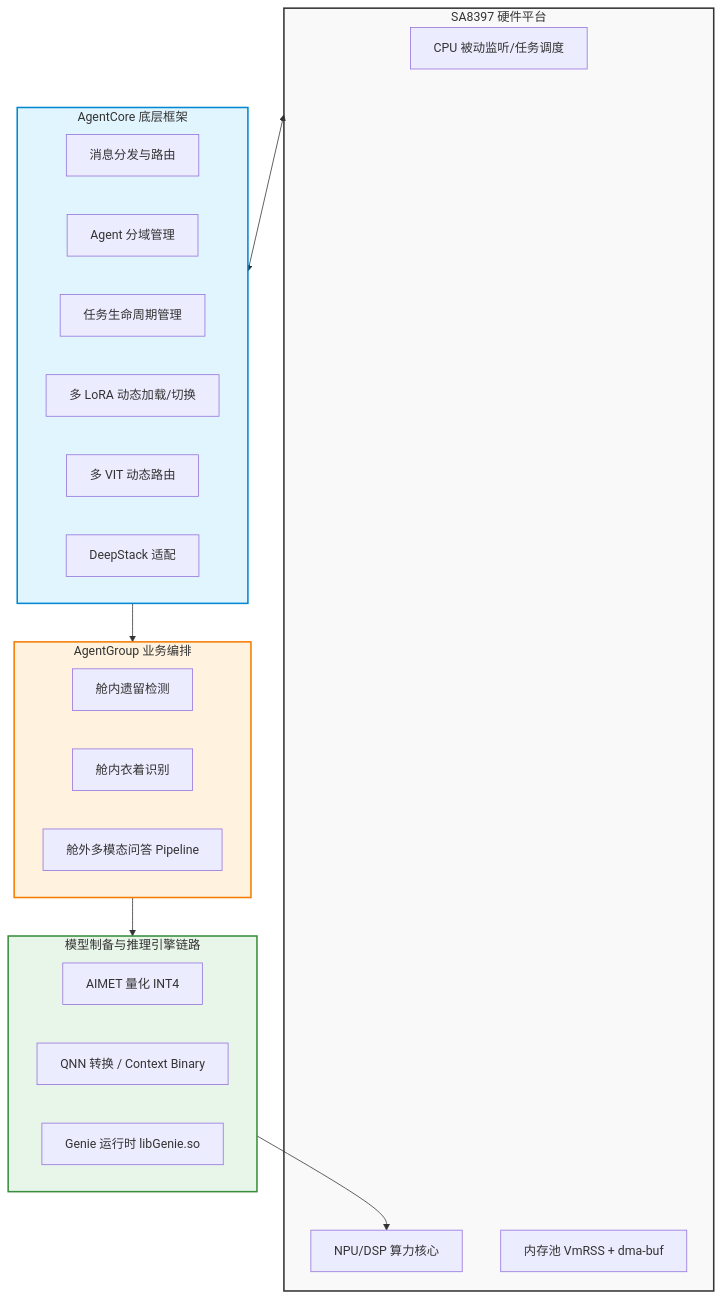
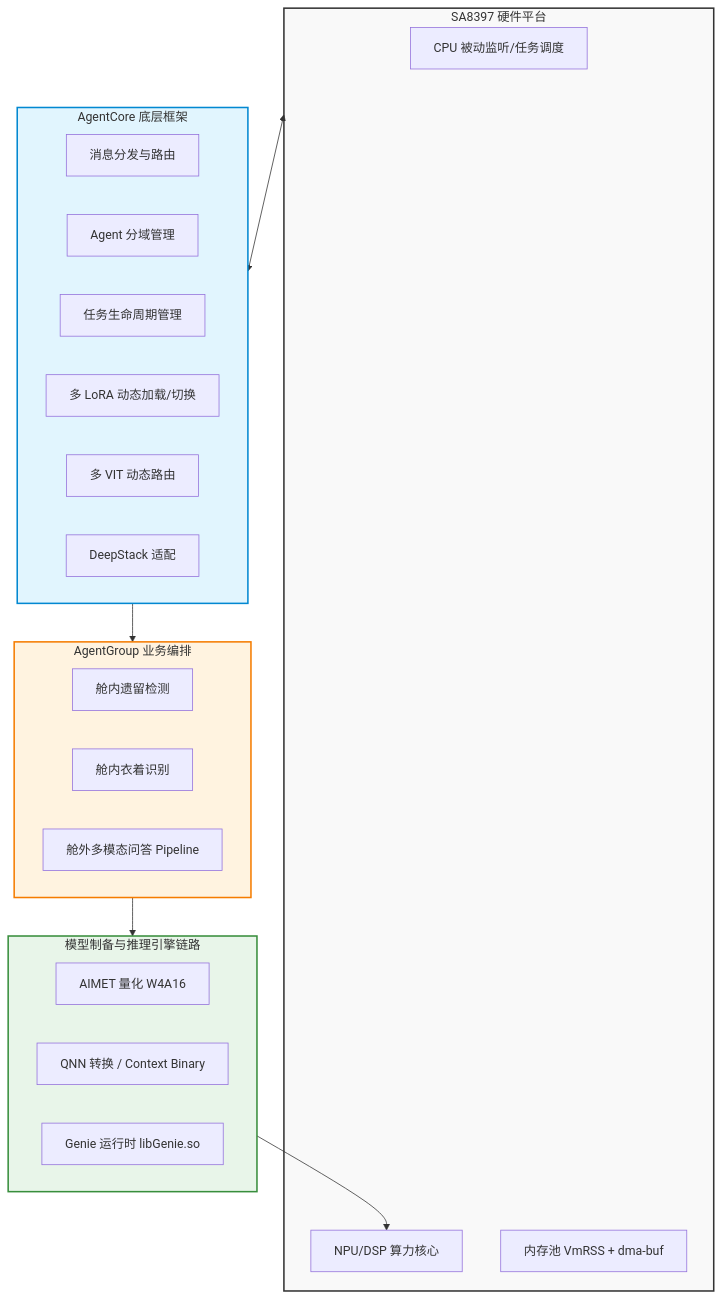
Before and after one commit to ranpin/edge-ai-docs: the first of 4 diagrams in cockpit/projects/lantu/genai-architecture.md, drawn with Mermaid. The commit also changed other lines of this file and 6 other files, not shown here.

First line of the commit message:
岚图模块二轮专家评审：7 篇全量修订

````diff
--- a/cockpit/projects/lantu/genai-architecture.md
+++ b/cockpit/projects/lantu/genai-architecture.md
@@ -37,39 +38,39 @@
 ```mermaid
 graph TD
     subgraph Hardware [SA8397 硬件平台]
         CPU[CPU 被动监听/任务调度]
         NPU[NPU/DSP 算力核心]
         MEM[内存池 VmRSS + dma-buf]
     end
 
     subgraph AgentCore [AgentCore 底层框架]
         Msg[消息分发与路由]
         Domain[Agent 分域管理]
         Task[任务生命周期管理]
         LoRA[多 LoRA 动态加载/切换]
         VIT_R[多 VIT 动态路由]
         Deep[DeepStack 适配]
     end
 
     subgraph AgentGroup [AgentGroup 业务编排]
         Cabin_Left[舱内遗留检测]
         Cabin_Cloth[舱内衣着识别]
         Outside_QA[舱外多模态问答 Pipeline]
     end
 
     subgraph Inference [模型制备与推理引擎链路]
-        AIMET[AIMET 量化 INT4]
+        AIMET[AIMET 量化 W4A16]
         CTX[QNN 转换 / Context Binary]
         Genie[Genie 运行时 libGenie.so]
     end
 
     Hardware <--> AgentCore
     AgentCore --> AgentGroup
     AgentGroup --> Inference
     Inference --> NPU
 
     style Hardware fill:#f9f9f9,stroke:#333,stroke-width:2px
     style AgentCore fill:#e1f5fe,stroke:#0288d1,stroke-width:2px
     style AgentGroup fill:#fff3e0,stroke:#f57c00,stroke-width:2px
     style Inference fill:#e8f5e9,stroke:#388e3c,stroke-width:2px
 ```
````
